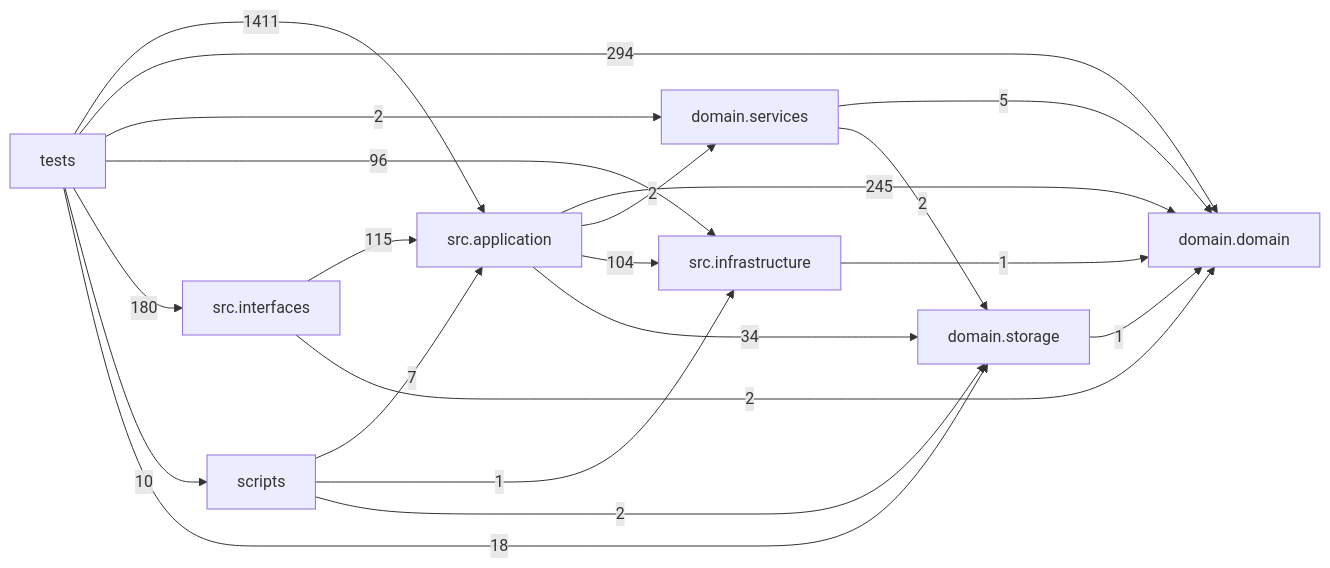
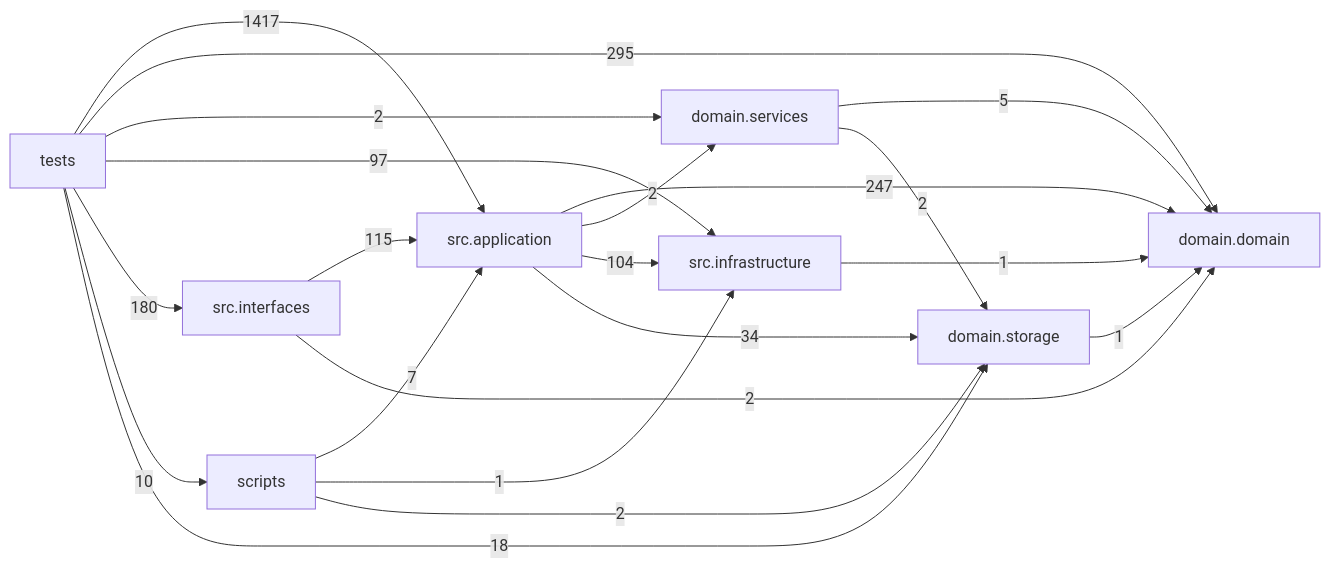
Before and after one commit to liuxie066/options-monitor: the diagram in docs/DEPENDENCY_GRAPH.md, drawn with Mermaid. The commit also changed other lines of this file and 16 other files, not shown here.

````diff
--- a/docs/DEPENDENCY_GRAPH.md
+++ b/docs/DEPENDENCY_GRAPH.md
@@ -24,31 +24,31 @@
 ```mermaid
 flowchart LR
   tests["tests"]
   scripts["scripts"]
   interfaces["src.interfaces"]
   application["src.application"]
   infrastructure["src.infrastructure"]
   domain_services["domain.services"]
   domain["domain.domain"]
   storage["domain.storage"]
-  application -->|245| domain
+  application -->|247| domain
   application -->|2| domain_services
   application -->|104| infrastructure
   application -->|34| storage
   domain_services -->|5| domain
   domain_services -->|2| storage
   infrastructure -->|1| domain
   interfaces -->|115| application
   interfaces -->|2| domain
   scripts -->|7| application
   scripts -->|1| infrastructure
   scripts -->|2| storage
   storage -->|1| domain
-  tests -->|1411| application
-  tests -->|294| domain
+  tests -->|1417| application
+  tests -->|295| domain
   tests -->|2| domain_services
-  tests -->|96| infrastructure
+  tests -->|97| infrastructure
   tests -->|180| interfaces
   tests -->|10| scripts
   tests -->|18| storage
 ```
````
